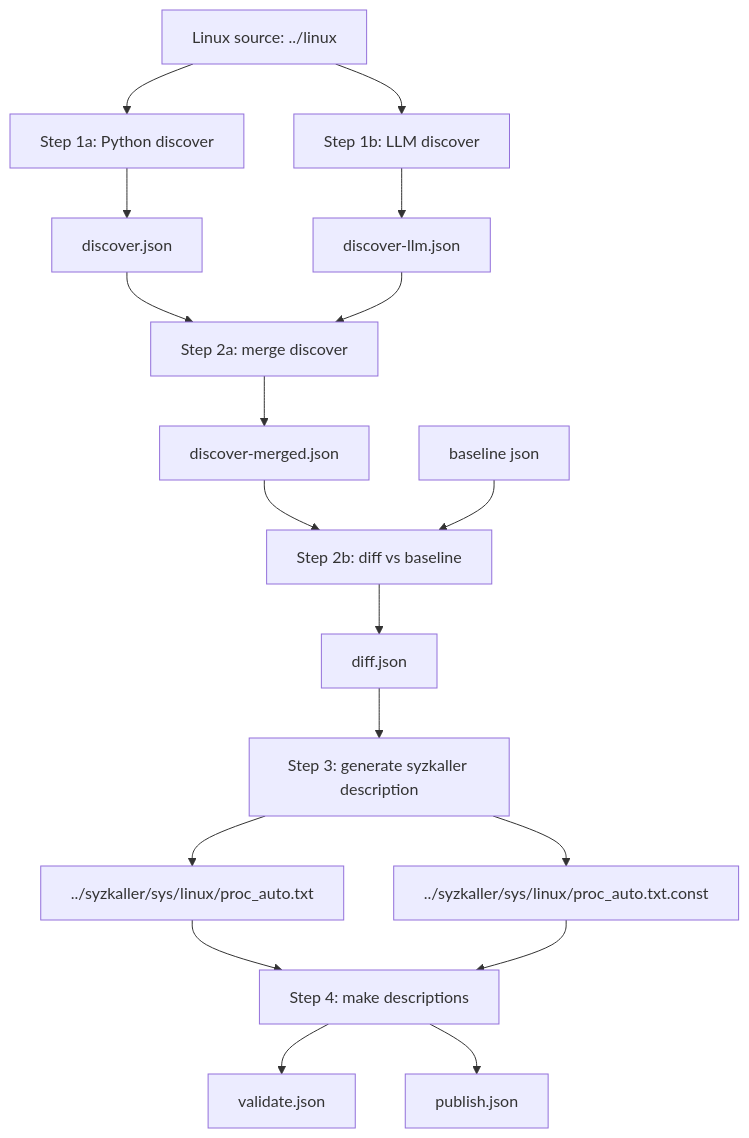
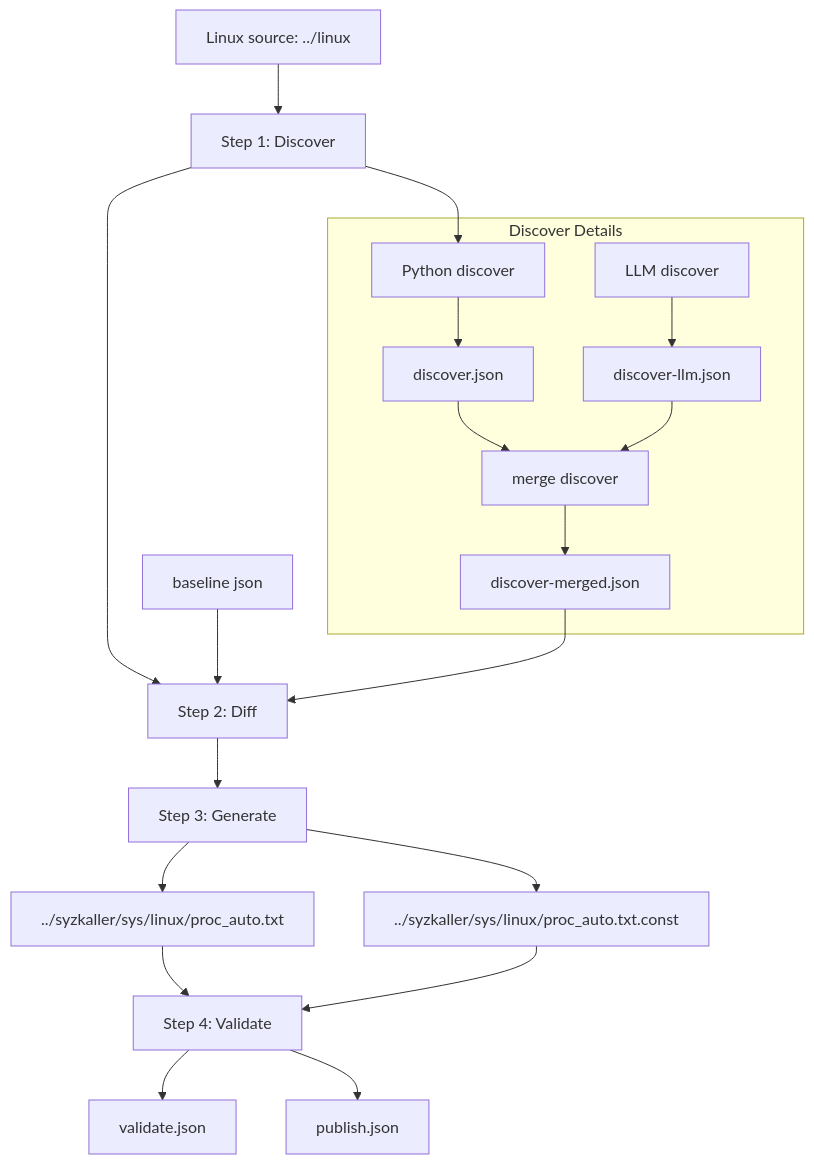
One commit to libo743/hm-ai-fuzz changed the diagram in README.md. Above: the diagram before and after it, drawn with Mermaid. The commit also changed other lines of this file and 2 other files, not shown here.

Commit message:
Refine README documents to reflect the current proc workflow state, simplify repeated explanations, emphasize the four-step pipeline structure, and align schema and workflow docs with the merged discover design

````diff
--- a/README.md
+++ b/README.md
@@ -50,20 +48,24 @@
 ```mermaid
 flowchart TD
-    A[Linux source: ../linux] --> B[Step 1a: Python discover]
-    A --> C[Step 1b: LLM discover]
-    B --> D[discover.json]
-    C --> E[discover-llm.json]
-    D --> F[Step 2a: merge discover]
-    E --> F
-    F --> G[discover-merged.json]
-    G --> H[Step 2b: diff vs baseline]
-    I[baseline json] --> H
-    H --> J[diff.json]
-    J --> K[Step 3: generate syzkaller description]
-    K --> L[../syzkaller/sys/linux/proc_auto.txt]
-    K --> M[../syzkaller/sys/linux/proc_auto.txt.const]
-    L --> N[Step 4: make descriptions]
-    M --> N
-    N --> O[validate.json]
-    N --> P[publish.json]
+    A[Linux source: ../linux] --> B[Step 1: Discover]
+    B --> C[Step 2: Diff]
+    D[baseline json] --> C
+    C --> E[Step 3: Generate]
+    E --> F[../syzkaller/sys/linux/proc_auto.txt]
+    E --> G[../syzkaller/sys/linux/proc_auto.txt.const]
+    F --> H[Step 4: Validate]
+    G --> H
+    H --> I[validate.json]
+    H --> J[publish.json]
+
+    subgraph Discover Details
+        B1[Python discover] --> B2[discover.json]
+        B3[LLM discover] --> B4[discover-llm.json]
+        B2 --> B5[merge discover]
+        B4 --> B5
+        B5 --> B6[discover-merged.json]
+    end
+
+    B --> B1
+    B6 --> C
 ```
````
